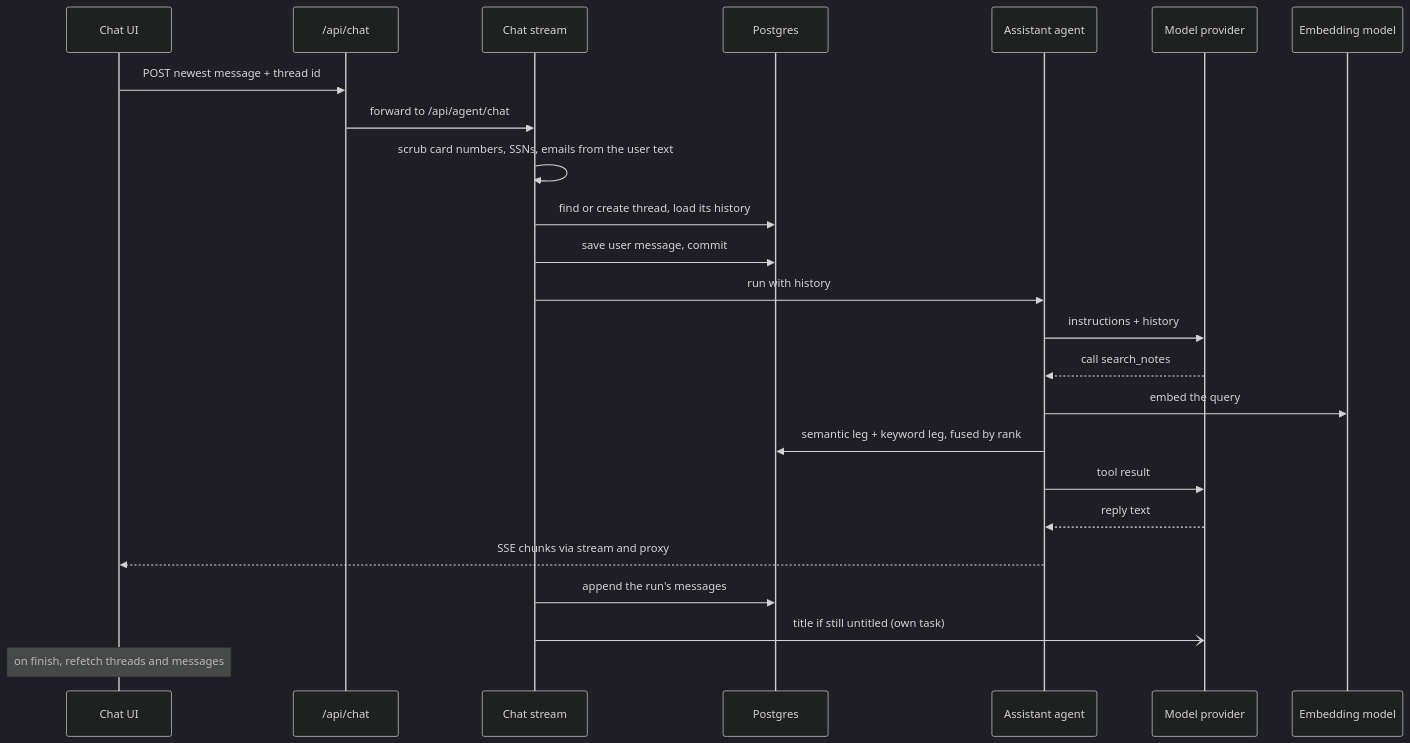
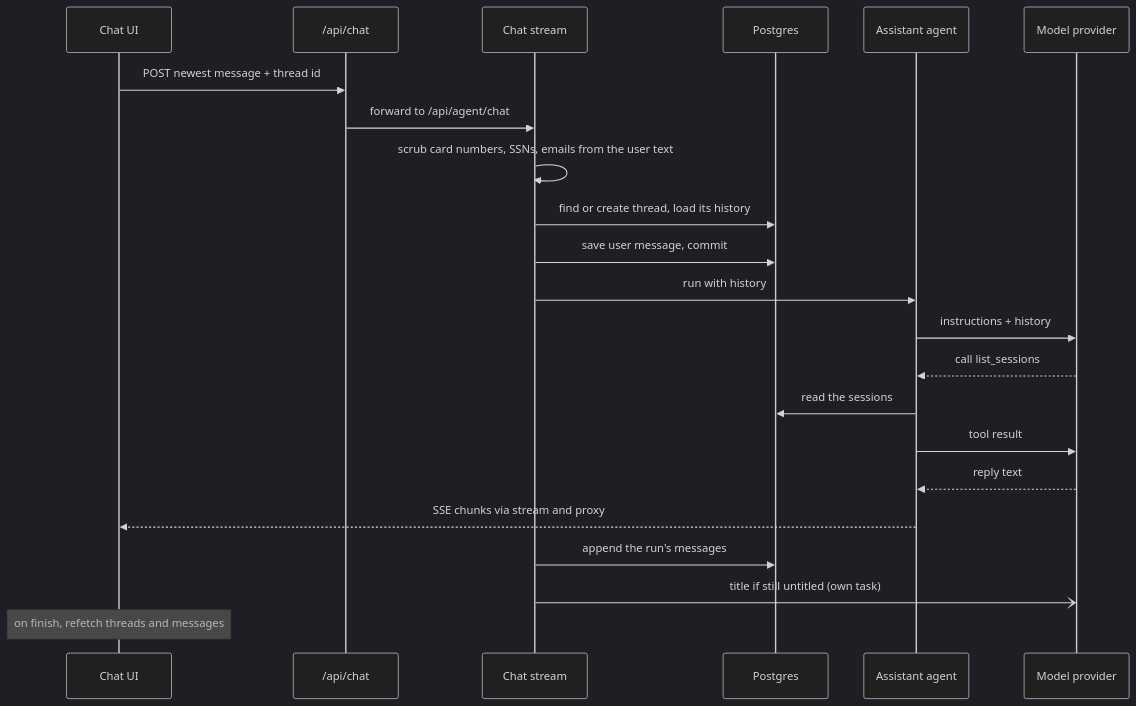
The diagram in docs/architecture/one-chat-turn.md (LukeMainwaring/cortexdj), drawn with Mermaid (dark theme) before and after one commit. The commit also changed other lines of this file and 10 other files, not shown here.

Commit message:
docs(port): point the docs, rules, and review checks at sessions and cut the Notes, embedder, and hybrid-search text

````diff
--- a/docs/architecture/one-chat-turn.md
+++ b/docs/architecture/one-chat-turn.md
@@ -11,27 +11,25 @@
 ```mermaid
 sequenceDiagram
     participant UI as Chat UI
     participant Proxy as /api/chat
     participant Stream as Chat stream
     participant DB as Postgres
     participant Agent as Assistant agent
     participant Model as Model provider
-    participant Embed as Embedding model
 
     UI->>Proxy: POST newest message + thread id
     Proxy->>Stream: forward to /api/agent/chat
     Stream->>Stream: scrub card numbers, SSNs, emails from the user text
     Stream->>DB: find or create thread, load its history
     Stream->>DB: save user message, commit
     Stream->>Agent: run with history
     Agent->>Model: instructions + history
-    Model-->>Agent: call search_notes
-    Agent->>Embed: embed the query
-    Agent->>DB: semantic leg + keyword leg, fused by rank
+    Model-->>Agent: call list_sessions
+    Agent->>DB: read the sessions
     Agent->>Model: tool result
     Model-->>Agent: reply text
     Agent-->>UI: SSE chunks via stream and proxy
     Stream->>DB: append the run's messages
     Stream-)Model: title if still untitled (own task)
     Note over UI: on finish, refetch threads and messages
 ```
````
